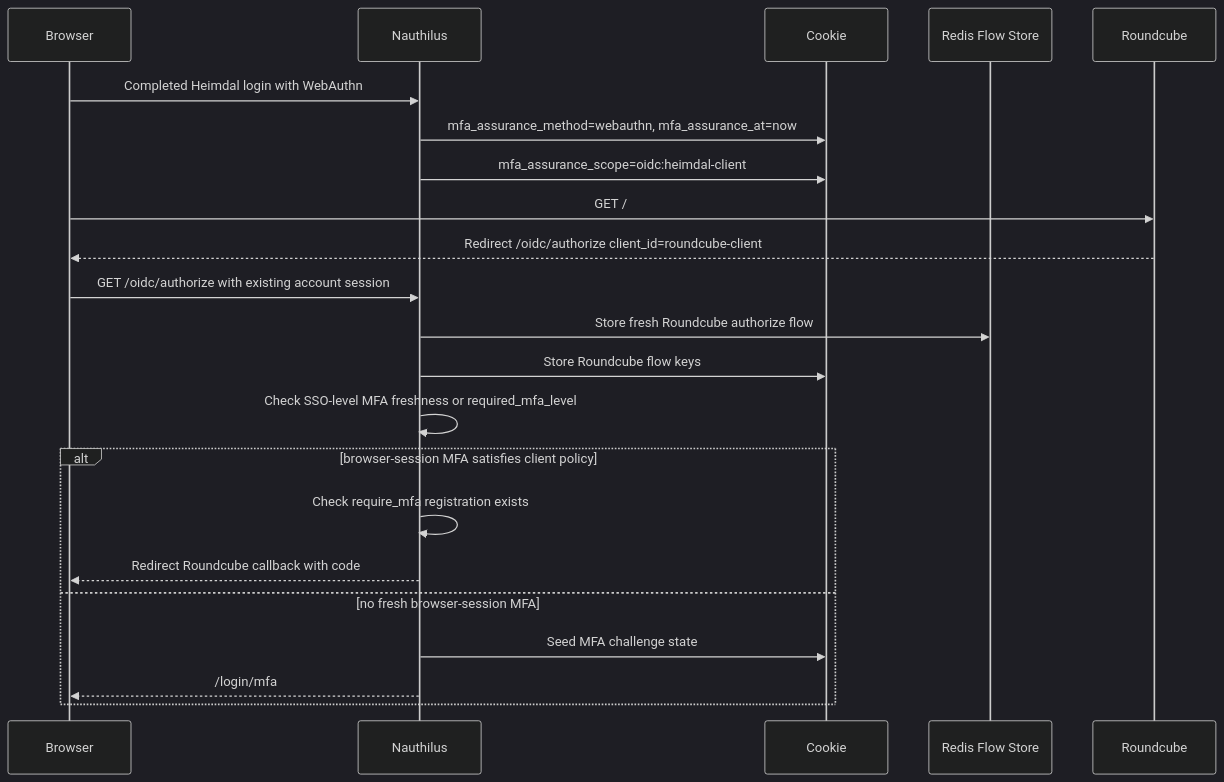
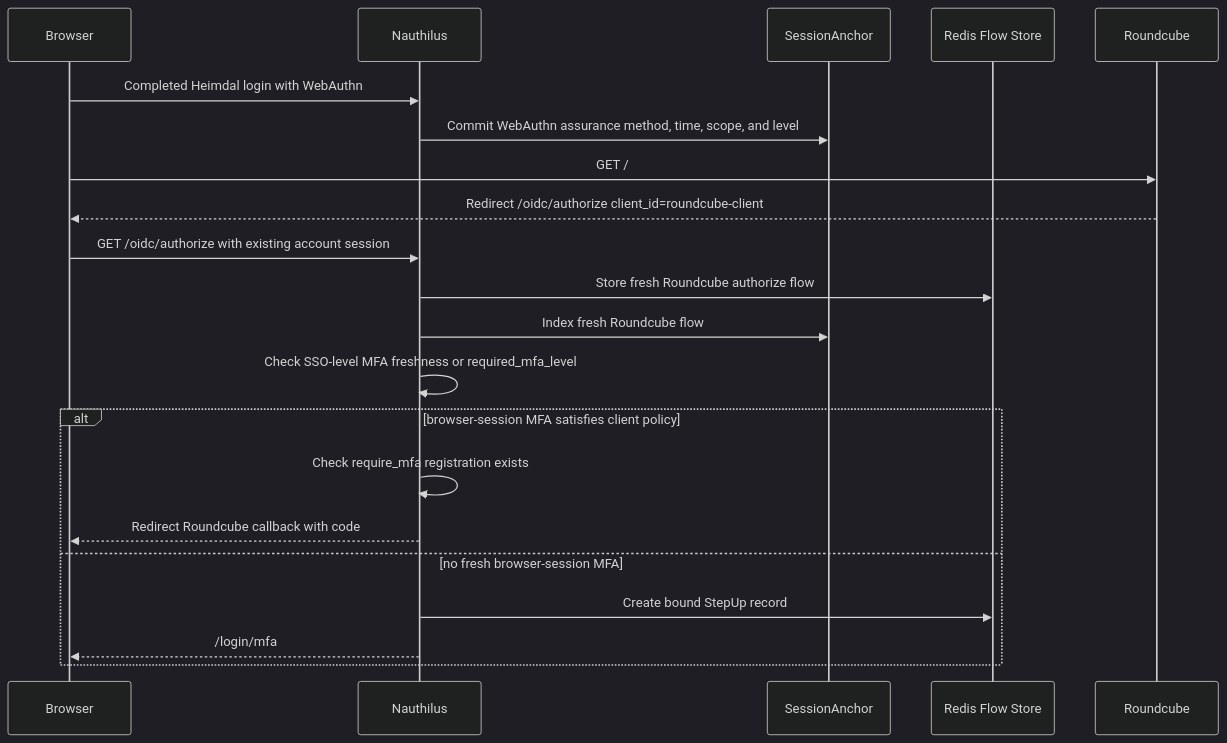
One commit to croessner/nauthilus changed the eighth of 9 diagrams in server/docs/development/idp-mfa-flow.md. Above: the diagram before and after it, drawn with Mermaid (dark theme). The commit also changed other lines of this file and 69 other files, not shown here.

````diff
--- a/server/docs/development/idp-mfa-flow.md
+++ b/server/docs/development/idp-mfa-flow.md
@@ -422,27 +480,26 @@
 ```mermaid
 sequenceDiagram
   participant Browser
   participant Nauthilus
-  participant Cookie
+  participant Anchor as SessionAnchor
   participant FlowStore as Redis Flow Store
   participant Roundcube
 
   Browser->>Nauthilus: Completed Heimdal login with WebAuthn
-  Nauthilus->>Cookie: mfa_assurance_method=webauthn, mfa_assurance_at=now
-  Nauthilus->>Cookie: mfa_assurance_scope=oidc:heimdal-client
+  Nauthilus->>Anchor: Commit WebAuthn assurance method, time, scope, and level
 
   Browser->>Roundcube: GET /
   Roundcube-->>Browser: Redirect /oidc/authorize client_id=roundcube-client
   Browser->>Nauthilus: GET /oidc/authorize with existing account session
   Nauthilus->>FlowStore: Store fresh Roundcube authorize flow
-  Nauthilus->>Cookie: Store Roundcube flow keys
+  Nauthilus->>Anchor: Index fresh Roundcube flow
   Nauthilus->>Nauthilus: Check SSO-level MFA freshness or required_mfa_level
 
   alt browser-session MFA satisfies client policy
     Nauthilus->>Nauthilus: Check require_mfa registration exists
     Nauthilus-->>Browser: Redirect Roundcube callback with code
   else no fresh browser-session MFA
-    Nauthilus->>Cookie: Seed MFA challenge state
+    Nauthilus->>FlowStore: Create bound StepUp record
     Nauthilus-->>Browser: /login/mfa
   end
 ```
````
